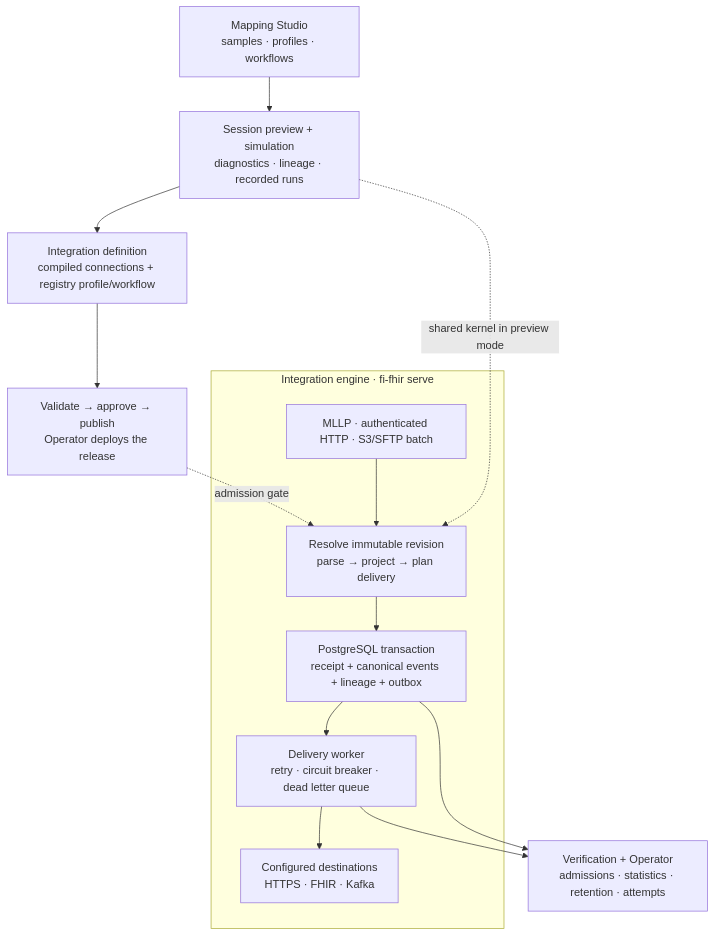
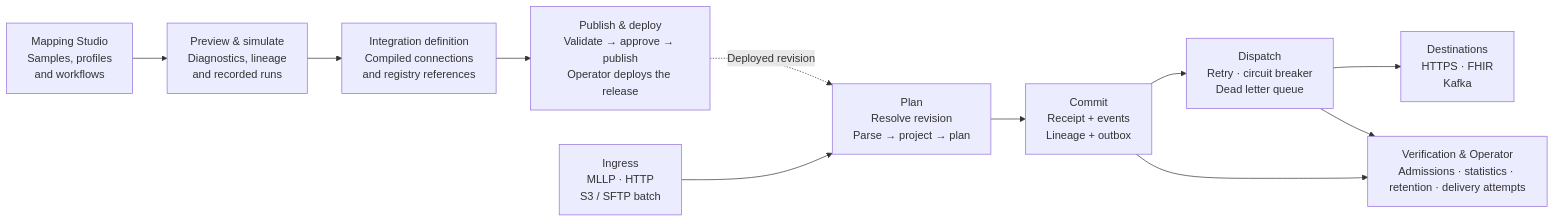
The diagram in docs/mermaid/overview-flow.mmd (crb2nu/fi-fhir), drawn with Mermaid before and after one commit. The commit also changed 18 other files, not shown here.

First line of the commit message:
docs(diagrams): replace rough auto-layout with composed vector figures

```diff
--- a/docs/mermaid/overview-flow.mmd
+++ b/docs/mermaid/overview-flow.mmd
@@ -1,24 +1,24 @@
-flowchart TB
-  accTitle: fi-fhir authoring and delivery
-  accDescr: Mapping Studio authors immutable definitions. The server admits messages durably before dispatching deliveries and exposes receipts for verification. The CLI also runs independently.
-
-  STUDIO["Mapping Studio<br/>samples · profiles · workflows"]
-  PREVIEW["Session preview + simulation<br/>diagnostics · lineage · recorded runs"]
-  DEFINITION["Integration definition<br/>compiled connections + registry profile/workflow"]
-  RELEASE["Validate → approve → publish<br/>Operator deploys the release"]
-  STUDIO --> PREVIEW --> DEFINITION --> RELEASE
-
-  subgraph SERVER["Integration engine · fi-fhir serve"]
-    INPUT["MLLP · authenticated HTTP · S3/SFTP batch"]
-    KERNEL["Resolve immutable revision<br/>parse → project → plan delivery"]
-    STORE["PostgreSQL transaction<br/>receipt + canonical events + lineage + outbox"]
-    DISPATCH["Delivery worker<br/>retry · circuit breaker · dead letter queue"]
-    OUTPUT["Configured destinations<br/>HTTPS · FHIR · Kafka"]
-    INPUT --> KERNEL --> STORE --> DISPATCH --> OUTPUT
-  end
-
-  RELEASE -. admission gate .-> KERNEL
-  PREVIEW -. shared kernel in preview mode .-> KERNEL
-  VERIFY["Verification + Operator<br/>admissions · statistics · retention · attempts"]
-  STORE --> VERIFY
-  DISPATCH --> VERIFY
+%% Generated from docs/diagrams/narratives.yaml; do not edit.
+flowchart LR
+  accTitle: From source data to verified delivery
+  accDescr: Author an immutable integration. Commit admissions durably. Trace every delivery.
+  studio["Mapping Studio<br/>Samples, profiles<br/>and workflows"]
+  preview["Preview &amp; simulate<br/>Diagnostics, lineage<br/>and recorded runs"]
+  definition["Integration definition<br/>Compiled connections<br/>and registry references"]
+  release["Publish &amp; deploy<br/>Validate → approve → publish<br/>Operator deploys the release"]
+  input["Ingress<br/>MLLP · HTTP<br/>S3 / SFTP batch"]
+  kernel["Plan<br/>Resolve revision<br/>Parse → project → plan"]
+  commit["Commit<br/>Receipt + events<br/>Lineage + outbox"]
+  dispatch["Dispatch<br/>Retry · circuit breaker<br/>Dead letter queue"]
+  destination["Destinations<br/>HTTPS · FHIR<br/>Kafka"]
+  verification["Verification &amp; Operator<br/>Admissions · statistics · retention · delivery attempts"]
+  studio --> preview
+  preview --> definition
+  definition --> release
+  input --> kernel
+  kernel --> commit
+  commit --> dispatch
+  dispatch --> destination
+  release -.->|Deployed revision| kernel
+  commit --> verification
+  dispatch --> verification
```
